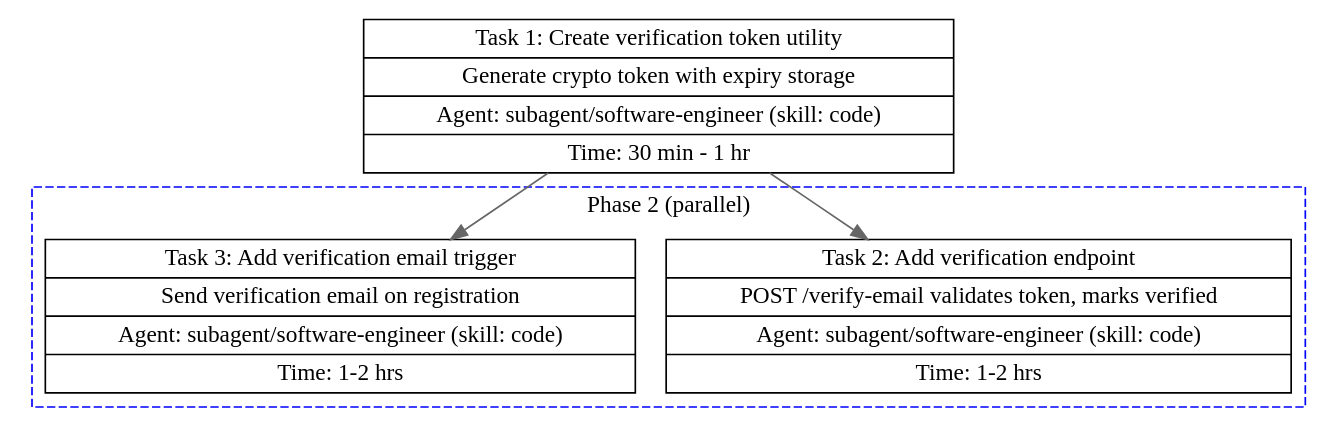
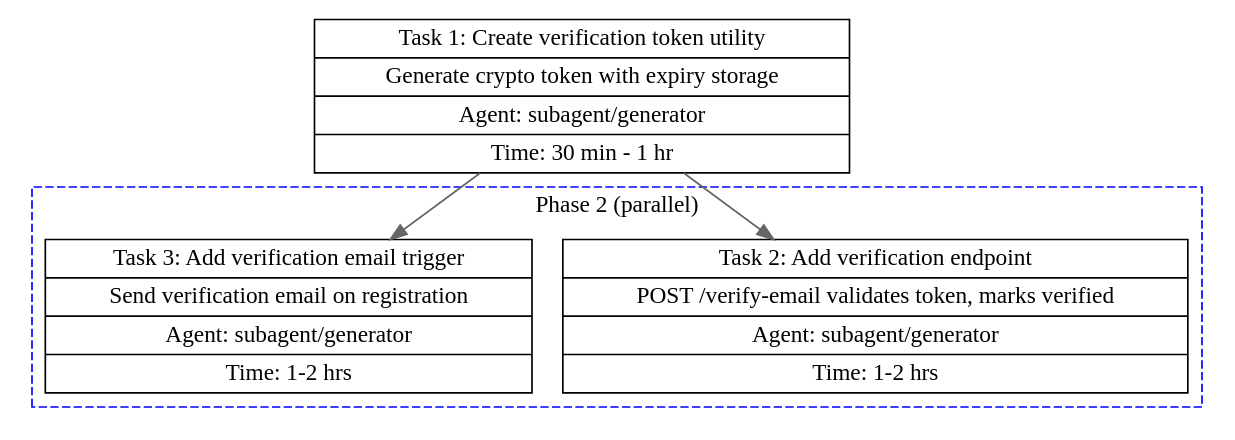
One commit to jiyeol-lee/dotfiles changed the diagram in .opencode/skills/task-breakdown/SKILL.md. Above: the diagram before and after it, drawn with Graphviz. The commit also changed other lines of this file and 16 other files, not shown here.

````diff
--- a/.opencode/skills/task-breakdown/SKILL.md
+++ b/.opencode/skills/task-breakdown/SKILL.md
@@ -140,31 +140,31 @@
 ```dot
 digraph TaskPlan {
   rankdir=TB;
   node [shape=record, style=filled, fillcolor=white];
   edge [color=gray40];
 
   task_1 [
-    label="{Task 1: Create verification token utility | Generate crypto token with expiry storage | Agent: subagent/software-engineer (skill: code) | Time: 30 min - 1 hr}"
+    label="{Task 1: Create verification token utility | Generate crypto token with expiry storage | Agent: subagent/generator | Time: 30 min - 1 hr}"
     URL="./add-email-verification__task-001.md"
   ];
 
   subgraph cluster_group_1 {
     label="Phase 2 (parallel)";
     style=dashed;
     color=blue;
 
     task_2 [
-      label="{Task 2: Add verification endpoint | POST /verify-email validates token, marks verified | Agent: subagent/software-engineer (skill: code) | Time: 1-2 hrs}"
+      label="{Task 2: Add verification endpoint | POST /verify-email validates token, marks verified | Agent: subagent/generator | Time: 1-2 hrs}"
       URL="./add-email-verification__task-002.md"
     ];
 
     task_3 [
-      label="{Task 3: Add verification email trigger | Send verification email on registration | Agent: subagent/software-engineer (skill: code) | Time: 1-2 hrs}"
+      label="{Task 3: Add verification email trigger | Send verification email on registration | Agent: subagent/generator | Time: 1-2 hrs}"
       URL="./add-email-verification__task-003.md"
     ];
   }
 
   task_1 -> task_2;
   task_1 -> task_3;
 }
 ```
````
